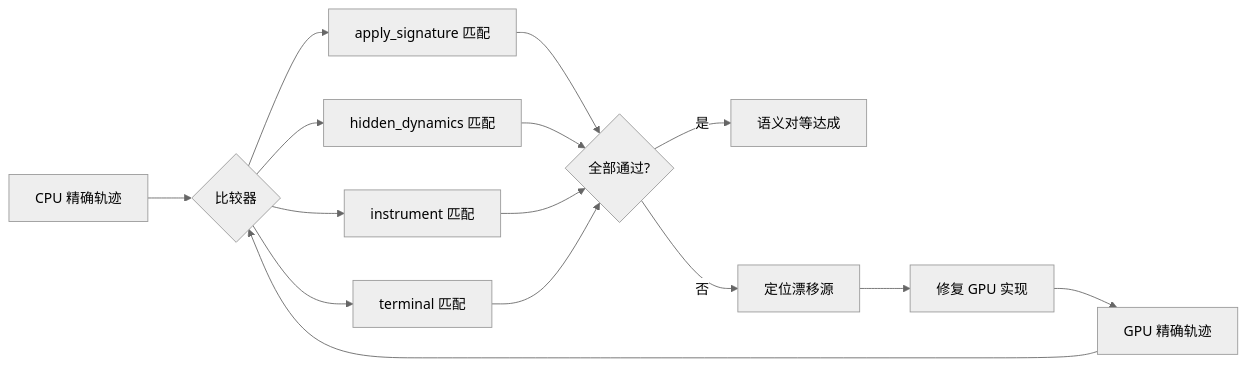
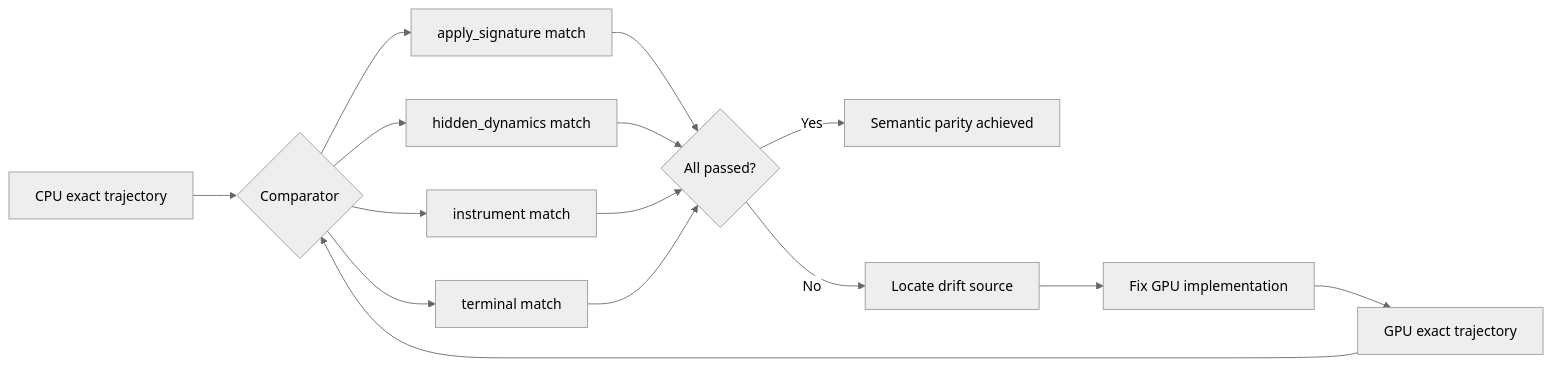
One commit to Void0312Aurora/Echelon-Forge changed the diagram in docs/plan/exact_runtime/gpu_exact_world_step_performance_and_parity_plan.md. Above: the diagram before and after it, drawn with Mermaid (neutral theme). The commit also changed other lines of this file and 319 other files, not shown here.

````diff
--- a/docs/plan/exact_runtime/gpu_exact_world_step_performance_and_parity_plan.md
+++ b/docs/plan/exact_runtime/gpu_exact_world_step_performance_and_parity_plan.md
@@ -244,19 +249,19 @@
 ```mermaid
 graph LR
-    A[CPU 精确轨迹] --> B{比较器}
-    C[GPU 精确轨迹] --> B
-    B --> D[apply_signature 匹配]
-    B --> E[hidden_dynamics 匹配]
-    B --> F[instrument 匹配]
-    B --> G[terminal 匹配]
+    A[CPU exact trajectory] --> B{Comparator}
+    C[GPU exact trajectory] --> B
+    B --> D[apply_signature match]
+    B --> E[hidden_dynamics match]
+    B --> F[instrument match]
+    B --> G[terminal match]
     
-    D --> H{全部通过?}
+    D --> H{All passed?}
     E --> H
     F --> H
     G --> H
     
-    H -->|是| I[语义对等达成]
-    H -->|否| J[定位漂移源]
-    J --> K[修复 GPU 实现]
+    H -->|Yes| I[Semantic parity achieved]
+    H -->|No| J[Locate drift source]
+    J --> K[Fix GPU implementation]
     K --> C
 ```
````
